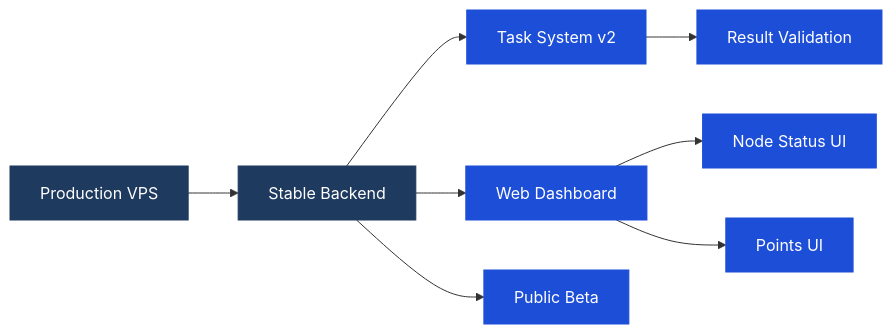
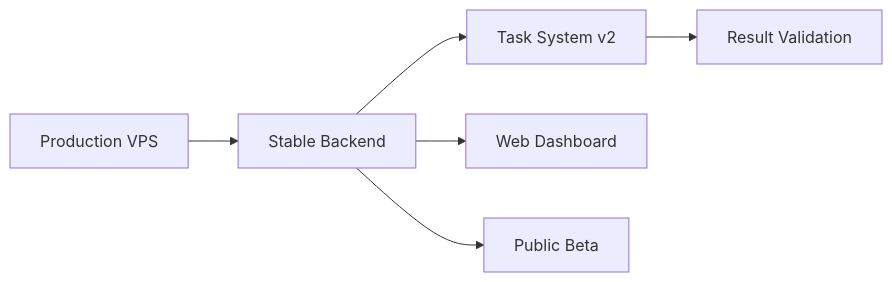
Before and after one commit to Nexora-Node/Docs: the third of 6 diagrams in roadmap.md, drawn with Mermaid. The commit also changed other lines of this file and 5 other files, not shown here.

Commit message:
docs: remove all custom styles, simplify diagrams for clean GitBook render

````diff
--- a/roadmap.md
+++ b/roadmap.md
@@ -78,19 +70,8 @@
 ```mermaid
 graph LR
     A[Production VPS] --> B[Stable Backend]
     B --> C[Task System v2]
     C --> D[Result Validation]
     B --> E[Web Dashboard]
-    E --> F[Node Status UI]
-    E --> G[Points UI]
-    B --> H[Public Beta]
-
-    style A fill:#1e3a5f,stroke:#1e3a5f,color:#fff
-    style B fill:#1e3a5f,stroke:#1e3a5f,color:#fff
-    style C fill:#1d4ed8,stroke:#1d4ed8,color:#fff
-    style D fill:#1d4ed8,stroke:#1d4ed8,color:#fff
-    style E fill:#1d4ed8,stroke:#1d4ed8,color:#fff
-    style F fill:#1d4ed8,stroke:#1d4ed8,color:#fff
-    style G fill:#1d4ed8,stroke:#1d4ed8,color:#fff
-    style H fill:#1d4ed8,stroke:#1d4ed8,color:#fff
+    B --> F[Public Beta]
 ```
````
